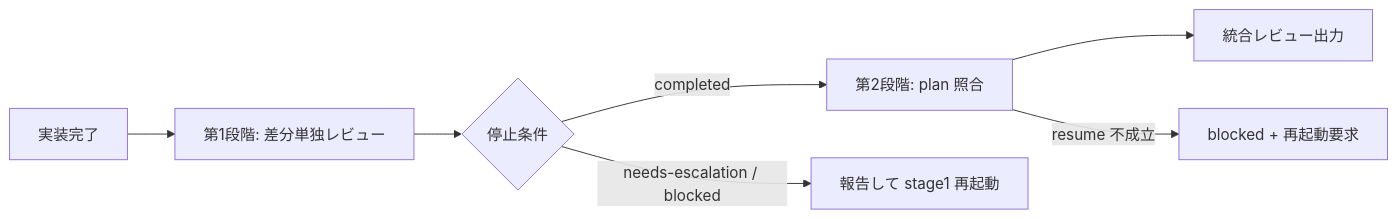
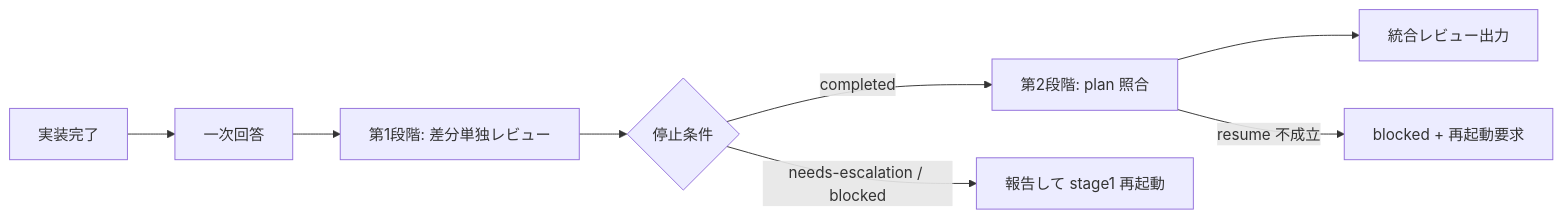
One commit to melumuccu/ai changed the diagram in .agents/skills/#kf-global/kf-g-agent-review-post-implementation-two-stage/references/orchestrator-guide.md. Above: the diagram before and after it, drawn with Mermaid. The commit also changed other lines of this file and 8 other files, not shown here.

````diff
--- a/.agents/skills/#kf-global/kf-g-agent-review-post-implementation-two-stage/references/orchestrator-guide.md
+++ b/.agents/skills/#kf-global/kf-g-agent-review-post-implementation-two-stage/references/orchestrator-guide.md
@@ -11,9 +11,10 @@
 ```mermaid
 flowchart LR
-  A[実装完了] --> B[第1段階: 差分単独レビュー]
+  A[実装完了] --> P[一次回答]
+  P --> B[第1段階: 差分単独レビュー]
   B --> C{停止条件}
   C -->|completed| D[第2段階: plan 照合]
   C -->|needs-escalation / blocked| E[報告して stage1 再起動]
   D --> F[統合レビュー出力]
   D -->|resume 不成立| G[blocked + 再起動要求]
 ```
````
